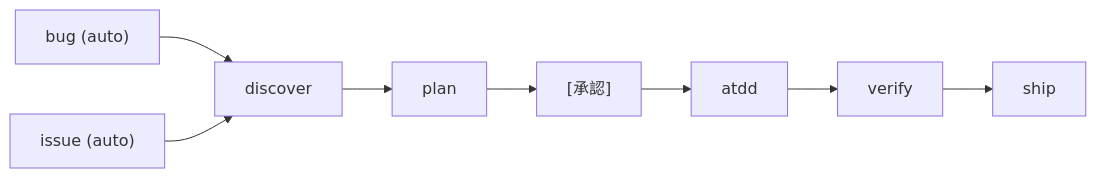
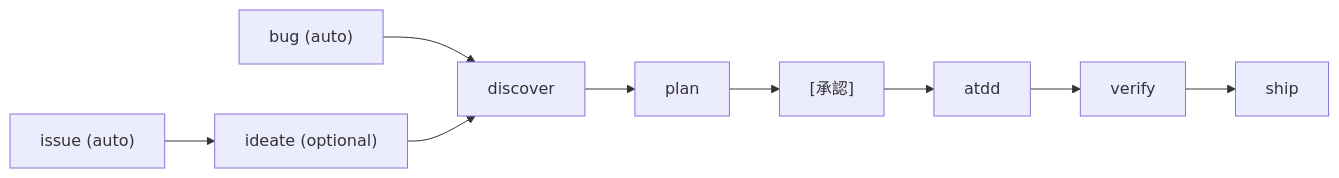
Before and after one commit to o3-ozono/atdd-kit: the first of 2 diagrams in README.ja.md, drawn with Mermaid. The commit also changed other lines of this file and 14 other files, not shown here.

First line of the commit message:
feat: integrate ideate skill into issue → discover workflow (#12)

````diff
--- a/README.ja.md
+++ b/README.ja.md
@@ -42,6 +42,6 @@
 ```mermaid
 flowchart LR
   bug["bug (auto)"] --> discover
-  issue["issue (auto)"] --> discover
+  issue["issue (auto)"] --> ideate["ideate (optional)"] --> discover
   discover --> plan --> approval["[承認]"] --> atdd --> verify --> ship
 ```
````
